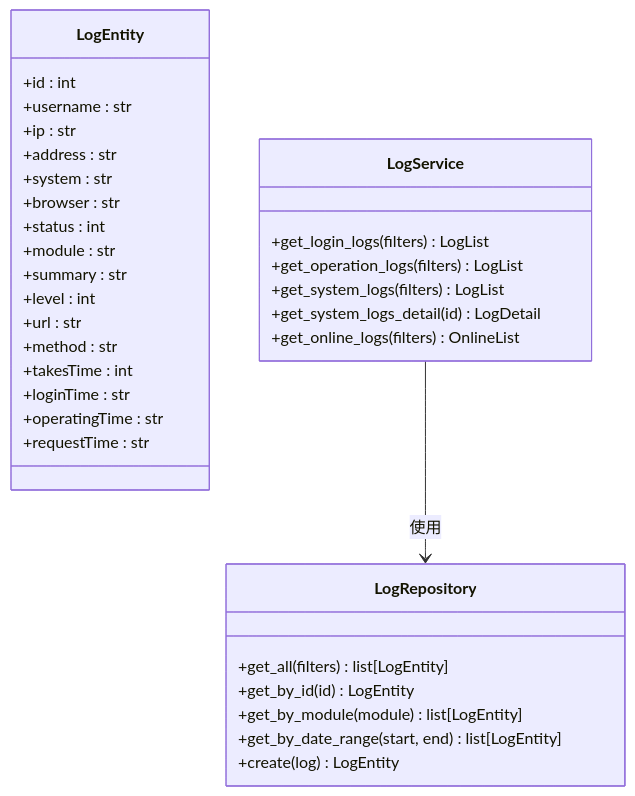
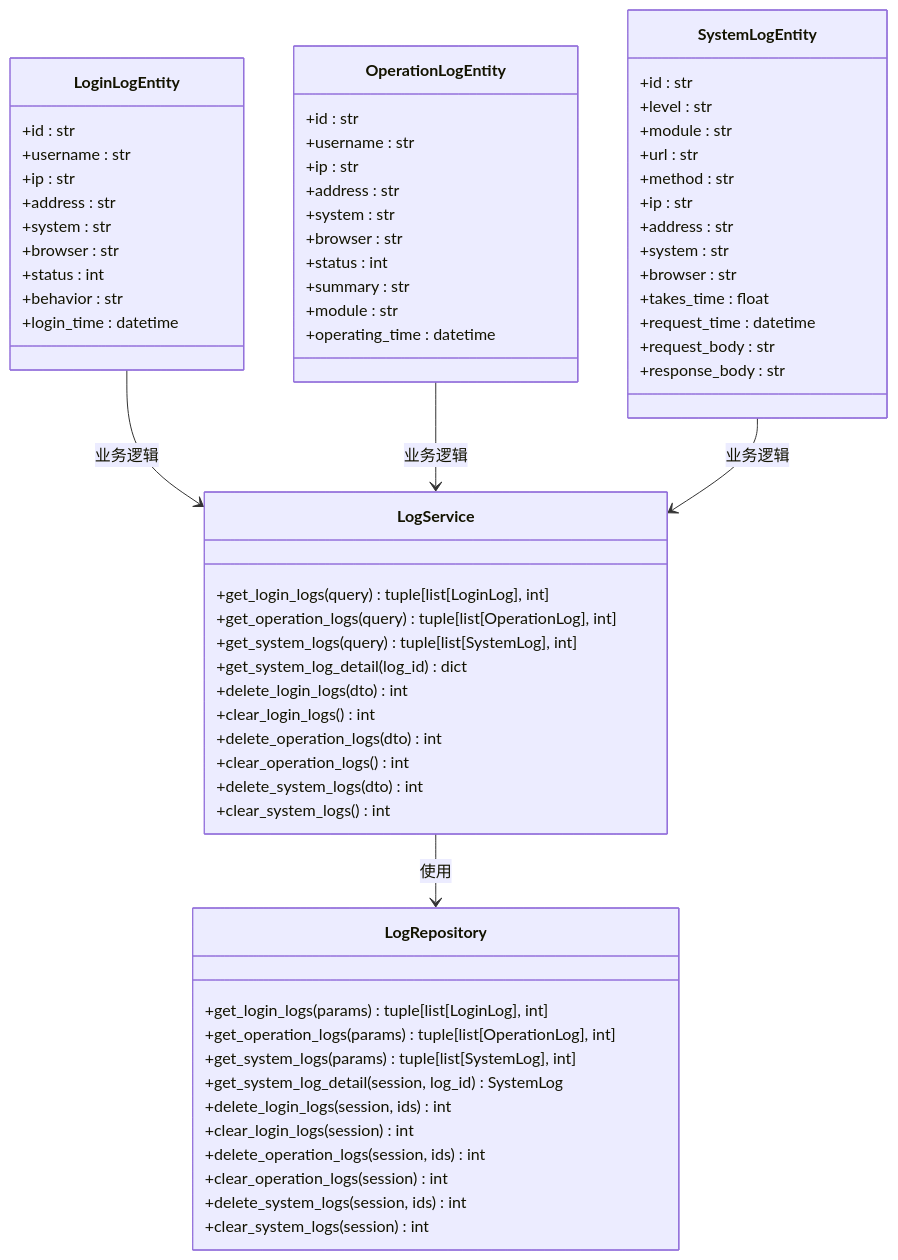
Before and after one commit to taoweidong/Hello-FastApi: diagram 11 of 16 in .qoder/repowiki/zh/content/核心模块/系统管理模块.md, drawn with Mermaid. The commit also changed other lines of this file and 9 other files, not shown here.

````diff
--- a/.qoder/repowiki/zh/content/核心模块/系统管理模块.md
+++ b/.qoder/repowiki/zh/content/核心模块/系统管理模块.md
@@ -473,36 +665,69 @@
 ```mermaid
 classDiagram
-class LogEntity {
-+id : int
+class LoginLogEntity {
++id : str
 +username : str
 +ip : str
 +address : str
 +system : str
 +browser : str
 +status : int
++behavior : str
++login_time : datetime
+}
+class OperationLogEntity {
++id : str
++username : str
++ip : str
++address : str
++system : str
++browser : str
++status : int
++summary : str
 +module : str
-+summary : str
-+level : int
++operating_time : datetime
+}
+class SystemLogEntity {
++id : str
++level : str
++module : str
 +url : str
 +method : str
-+takesTime : int
-+loginTime : str
-+operatingTime : str
-+requestTime : str
++ip : str
++address : str
++system : str
++browser : str
++takes_time : float
++request_time : datetime
++request_body : str
++response_body : str
 }
 class LogService {
-+get_login_logs(filters) LogList
-+get_operation_logs(filters) LogList
-+get_system_logs(filters) LogList
-+get_system_logs_detail(id) LogDetail
-+get_online_logs(filters) OnlineList
++get_login_logs(query) tuple[list[LoginLog], int]
++get_operation_logs(query) tuple[list[OperationLog], int]
++get_system_logs(query) tuple[list[SystemLog], int]
++get_system_log_detail(log_id) dict
++delete_login_logs(dto) int
++clear_login_logs() int
++delete_operation_logs(dto) int
++clear_operation_logs() int
++delete_system_logs(dto) int
++clear_system_logs() int
 }
 class LogRepository {
-+get_all(filters) list[LogEntity]
-+get_by_id(id) LogEntity
-+get_by_module(module) list[LogEntity]
-+get_by_date_range(start, end) list[LogEntity]
-+create(log) LogEntity
++get_login_logs(params) tuple[list[LoginLog], int]
++get_operation_logs(params) tuple[list[OperationLog], int]
++get_system_logs(params) tuple[list[SystemLog], int]
++get_system_log_detail(session, log_id) SystemLog
++delete_login_logs(session, ids) int
++clear_login_logs(session) int
++delete_operation_logs(session, ids) int
++clear_operation_logs(session) int
++delete_system_logs(session, ids) int
++clear_system_logs(session) int
 }
 LogService --> LogRepository : 使用
+LoginLogEntity --> LogService : 业务逻辑
+OperationLogEntity --> LogService : 业务逻辑
+SystemLogEntity --> LogService : 业务逻辑
 ```
````
